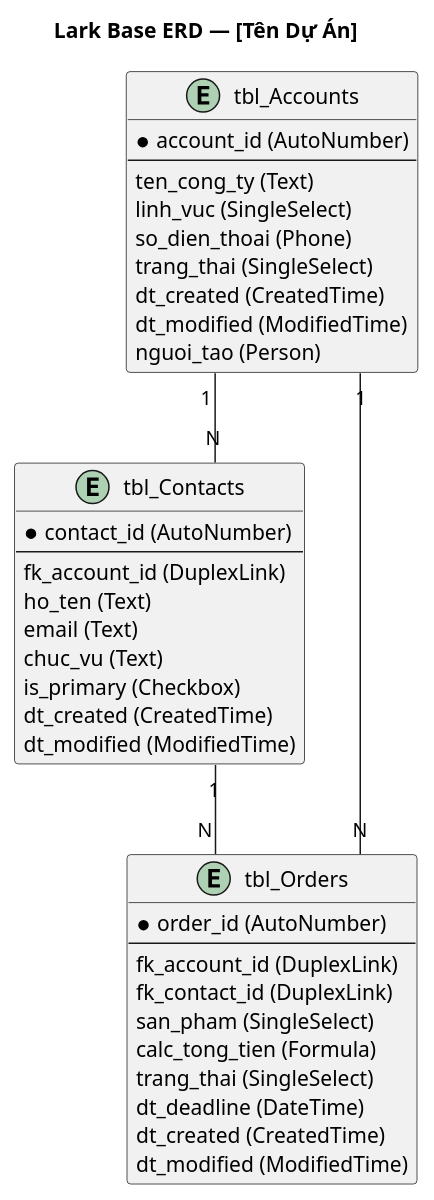
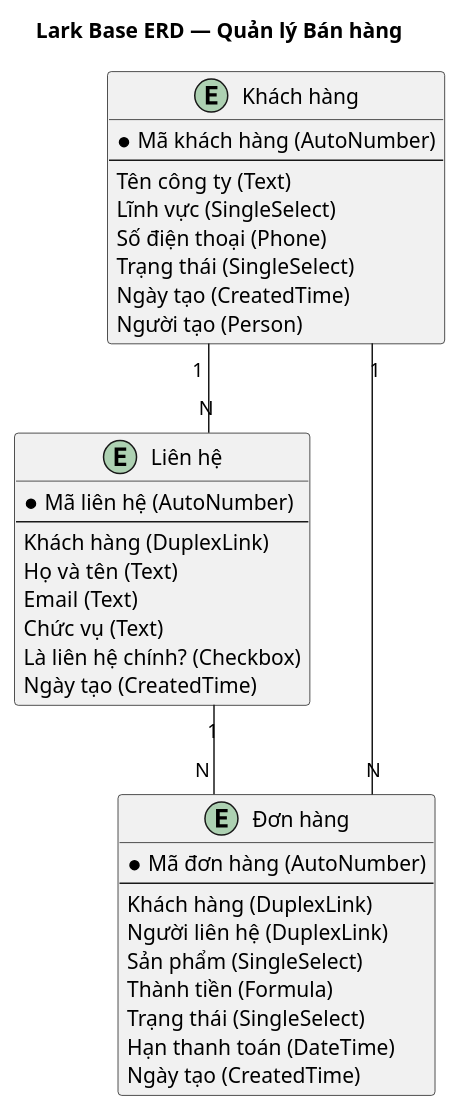
The diagram in 04_Templates/Tpl_LarkBase_Convention.md (stevenguyen090/Knowledge-Lark-Consult), drawn with PlantUML before and after one commit. The commit also changed other lines of this file and 5 other files, not shown here.

```diff
--- a/04_Templates/Tpl_LarkBase_Convention.md
+++ b/04_Templates/Tpl_LarkBase_Convention.md
@@ -146,45 +120,42 @@
 @startuml
-title **Lark Base ERD — [Tên Dự Án]**
+title **Lark Base ERD — Quản lý Bán hàng**
 skinparam linetype ortho
 
-entity "tbl_Accounts" as Accounts {
-  * account_id (AutoNumber)
+entity "Khách hàng" as Accounts {
+  * Mã khách hàng (AutoNumber)
   --
-  ten_cong_ty (Text)
-  linh_vuc (SingleSelect)
-  so_dien_thoai (Phone)
-  trang_thai (SingleSelect)
-  dt_created (CreatedTime)
-  dt_modified (ModifiedTime)
-  nguoi_tao (Person)
+  Tên công ty (Text)
+  Lĩnh vực (SingleSelect)
+  Số điện thoại (Phone)
+  Trạng thái (SingleSelect)
+  Ngày tạo (CreatedTime)
+  Người tạo (Person)
 }
 
-entity "tbl_Contacts" as Contacts {
-  * contact_id (AutoNumber)
+entity "Liên hệ" as Contacts {
+  * Mã liên hệ (AutoNumber)
   --
-  fk_account_id (DuplexLink)
-  ho_ten (Text)
-  email (Text)
-  chuc_vu (Text)
-  is_primary (Checkbox)
-  dt_created (CreatedTime)
-  dt_modified (ModifiedTime)
+  Khách hàng (DuplexLink)
+  Họ và tên (Text)
+  Email (Text)
+  Chức vụ (Text)
+  Là liên hệ chính? (Checkbox)
+  Ngày tạo (CreatedTime)
 }
 
-entity "tbl_Orders" as Orders {
-  * order_id (AutoNumber)
+entity "Đơn hàng" as Orders {
+  * Mã đơn hàng (AutoNumber)
   --
-  fk_account_id (DuplexLink)
-  fk_contact_id (DuplexLink)
-  san_pham (SingleSelect)
-  calc_tong_tien (Formula)
-  trang_thai (SingleSelect)
-  dt_deadline (DateTime)
-  dt_created (CreatedTime)
-  dt_modified (ModifiedTime)
+  Khách hàng (DuplexLink)
+  Người liên hệ (DuplexLink)
+  Sản phẩm (SingleSelect)
+  Thành tiền (Formula)
+  Trạng thái (SingleSelect)
+  Hạn thanh toán (DateTime)
+  Ngày tạo (CreatedTime)
 }
 
 Accounts "1" -- "N" Contacts
 Accounts "1" -- "N" Orders
 Contacts "1" -- "N" Orders
 @enduml
```
